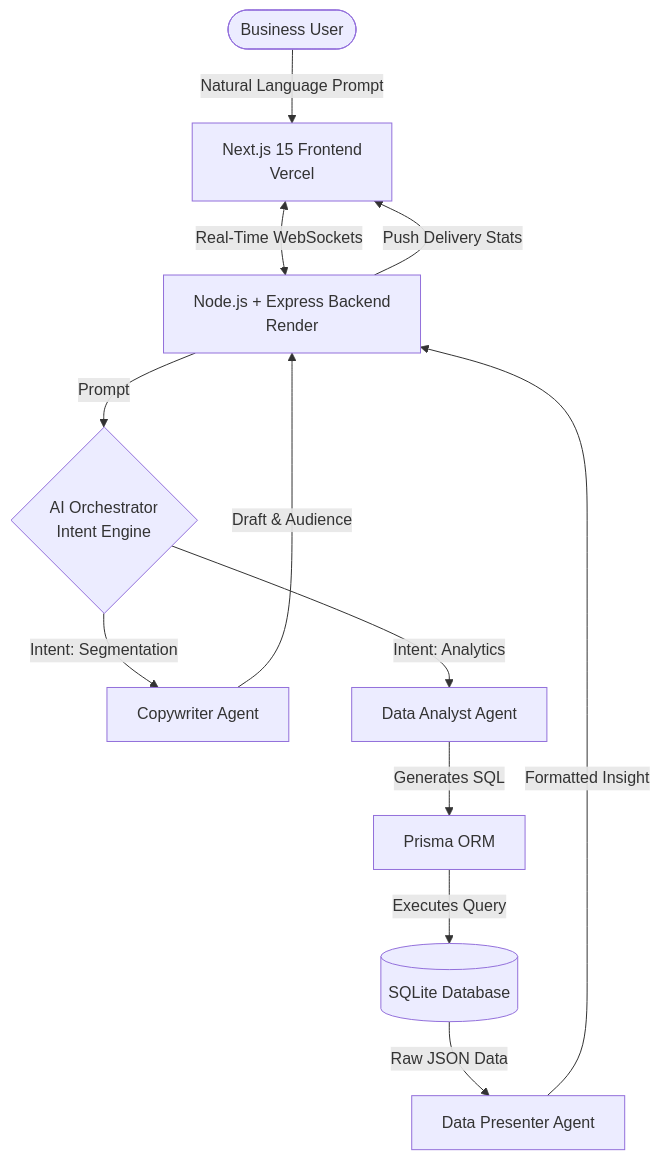
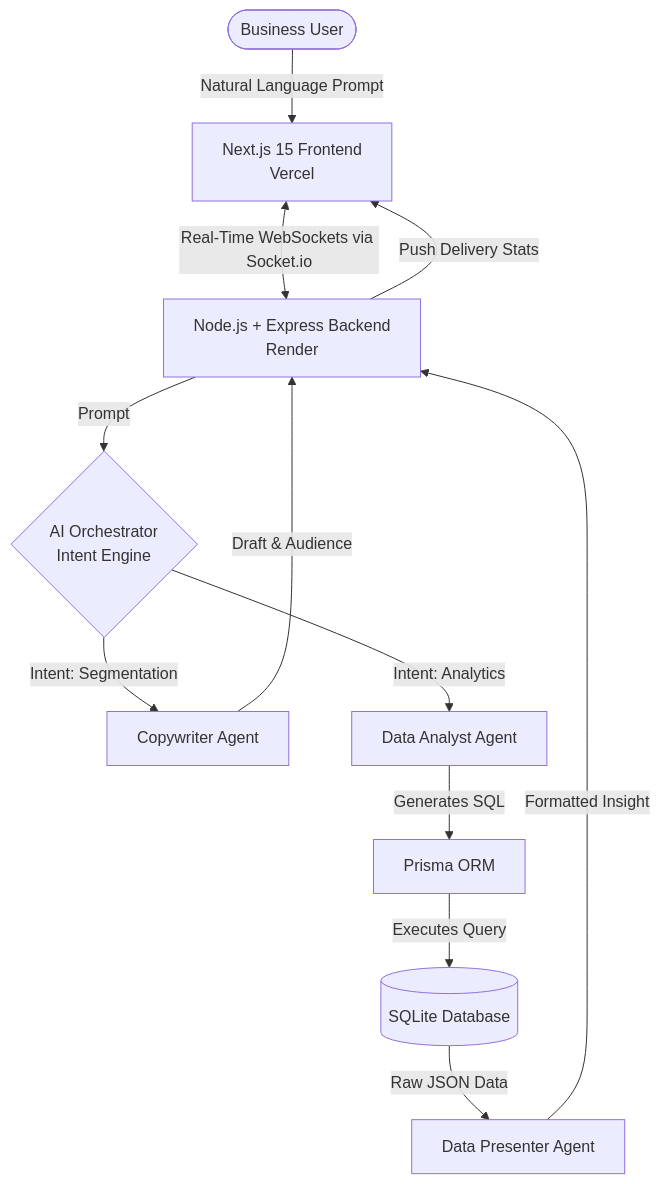
One commit to Ssr446/Xeno-CRM changed the diagram in README.md. Above: the diagram before and after it, drawn with Mermaid.

Commit message:
docs: Update Mermaid diagram to explicitly mention Socket.io

````diff
--- a/README.md
+++ b/README.md
@@ -72,19 +72,19 @@
 ```mermaid
 graph TD
     User([Business User]) -->|Natural Language Prompt| NextJS[Next.js 15 Frontend<br/>Vercel]
-    NextJS <-->|Real-Time WebSockets| Express[Node.js + Express Backend<br/>Render]
+    NextJS <-->|Real-Time WebSockets via Socket.io| Express[Node.js + Express Backend<br/>Render]
     
     Express -->|Prompt| Orchestrator{AI Orchestrator<br/>Intent Engine}
     
     Orchestrator -->|Intent: Segmentation| Copywriter[Copywriter Agent]
     Orchestrator -->|Intent: Analytics| Analyst[Data Analyst Agent]
     
     Analyst -->|Generates SQL| Prisma[Prisma ORM]
     Prisma -->|Executes Query| SQLite[(SQLite Database)]
     SQLite -->|Raw JSON Data| Presenter[Data Presenter Agent]
     Presenter -->|Formatted Insight| Express
     
     Copywriter -->|Draft & Audience| Express
     
     Express -->|Push Delivery Stats| NextJS
 ```
````
